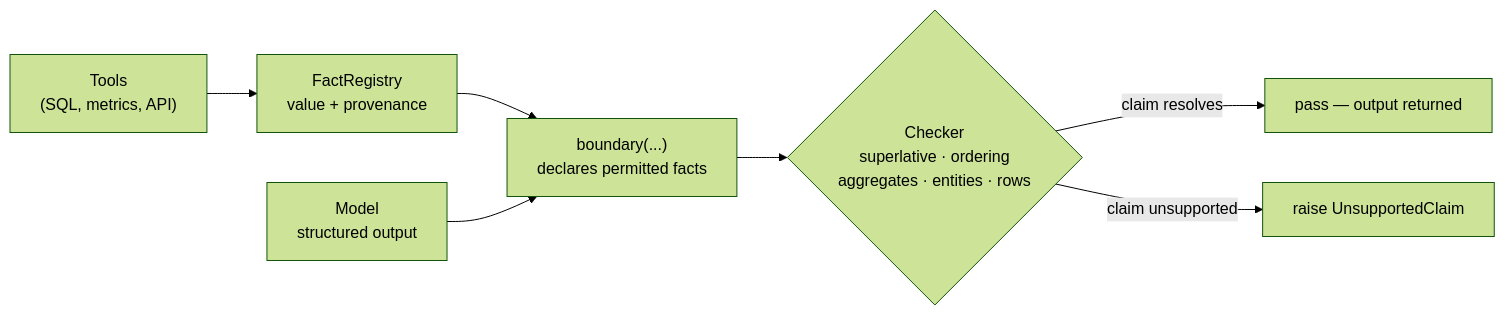
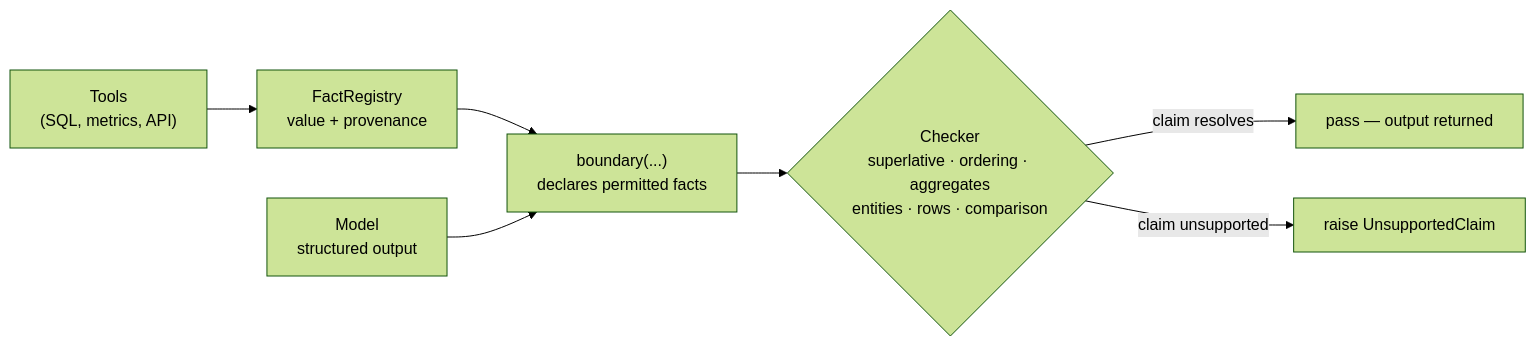
Before and after one commit to ong6/groundplane: the diagram in README.md, drawn with Mermaid (forest theme). The commit also changed other lines of this file and 9 other files, not shown here.

````diff
--- a/README.md
+++ b/README.md
@@ -38,9 +44,9 @@
 ```mermaid
 flowchart LR
     T["Tools<br/>(SQL, metrics, API)"] --> R["FactRegistry<br/>value + provenance"]
     R --> B["boundary(...)<br/>declares permitted facts"]
     M["Model<br/>structured output"] --> B
-    B --> C{"Checker<br/>superlative · ordering<br/>aggregates · entities · rows"}
+    B --> C{"Checker<br/>superlative · ordering · aggregates<br/>entities · rows · comparison"}
     C -->|claim resolves| P["pass — output returned"]
     C -->|claim unsupported| X["raise UnsupportedClaim"]
 ```
````
